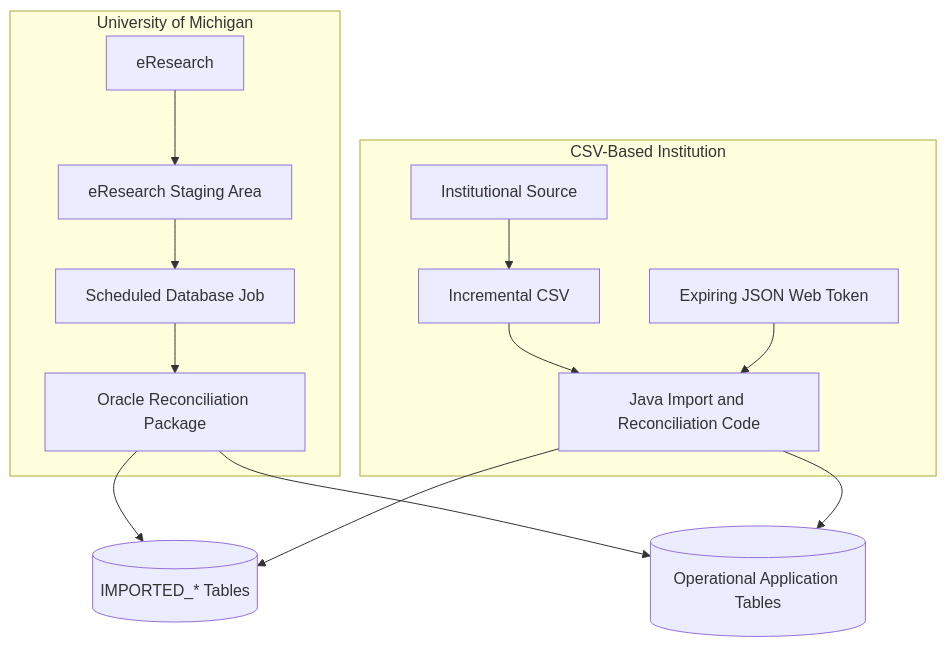
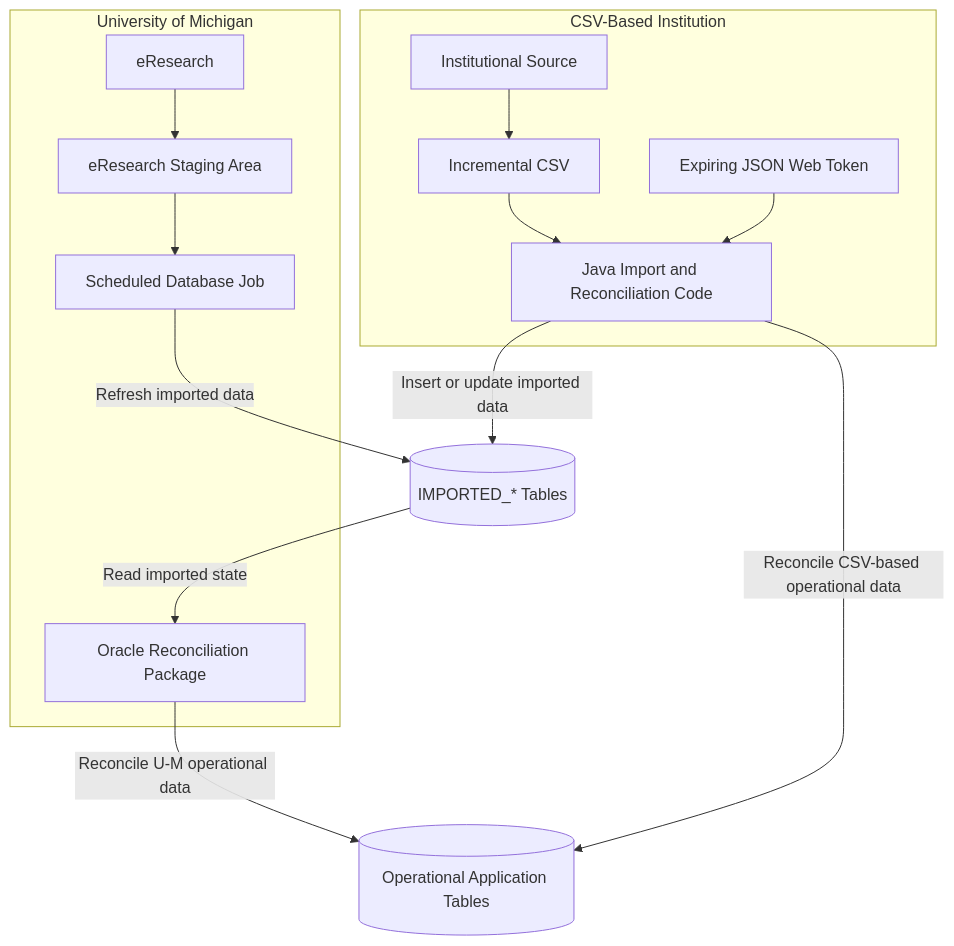
Before and after one commit to umich-michr/yhr-context: the diagram in docs/03-institutional-governance/import-pipeline.md, drawn with Mermaid. The commit also changed 59 other files, not shown here.

````diff
--- a/docs/03-institutional-governance/import-pipeline.md
+++ b/docs/03-institutional-governance/import-pipeline.md
@@ -44,30 +44,30 @@
 ```mermaid
 flowchart TD
     subgraph UM["University of Michigan"]
         ER[eResearch]
         STAGE[eResearch Staging Area]
         DBJOB[Scheduled Database Job]
         ORACLE[Oracle Reconciliation Package]
 
         ER --> STAGE
         STAGE --> DBJOB
-        DBJOB --> ORACLE
     end
 
     subgraph OTHER["CSV-Based Institution"]
         SOURCE[Institutional Source]
         CSV[Incremental CSV]
         JWT[Expiring JSON Web Token]
         JAVA[Java Import and Reconciliation Code]
 
         SOURCE --> CSV
         CSV --> JAVA
         JWT --> JAVA
     end
 
-    ORACLE --> IMPORTED[(IMPORTED_* Tables)]
-    ORACLE --> APPDATA[(Operational Application Tables)]
+    DBJOB -->|Refresh imported data| IMPORTED[(IMPORTED_* Tables)]
+    IMPORTED -->|Read imported state| ORACLE
+    ORACLE -->|Reconcile U-M operational data| APPDATA[(Operational Application Tables)]
 
-    JAVA --> IMPORTED
-    JAVA --> APPDATA
+    JAVA -->|Insert or update imported data| IMPORTED
+    JAVA -->|Reconcile CSV-based operational data| APPDATA
 ```
````
